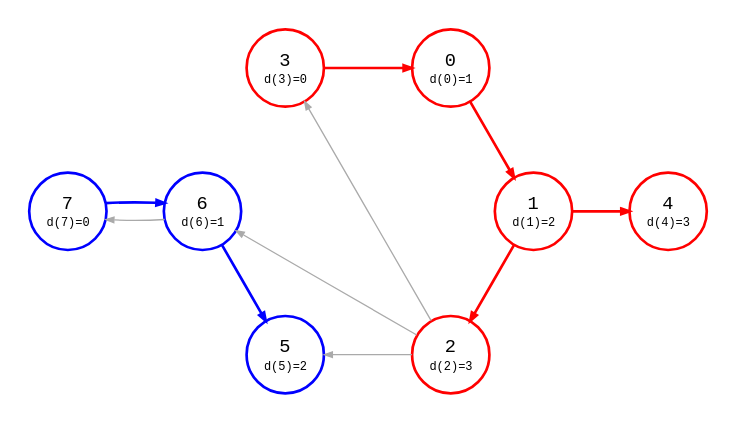
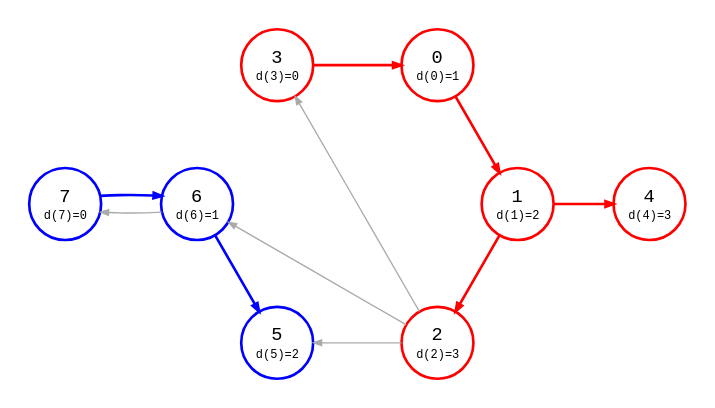
One commit to bsdrks/graaf-images changed the diagram in src/bfs_dist_multi_source_1-0.87.4.dot. Above: the diagram before and after it, drawn with Graphviz. The commit also changed 39 other files, not shown here.

```diff
--- a/src/bfs_dist_multi_source_1-0.87.4.dot
+++ b/src/bfs_dist_multi_source_1-0.87.4.dot
@@ -1,149 +1,149 @@
 digraph {
-    node [shape=circle, fontname="monospace", style=bold, fixedsize=true, width="0.8"];
+    node [shape=circle, fontname="monospace", style=bold, fixedsize=true, width="0.75"];
     edge [arrowsize=0.6, fontname="monospace", fontsize=9];
     layout=circo;
     scale=1.0;
     normalize=true;
     pad=0.2;
     splines=line;
 
     3, 0, 1, 2, 4 [style="bold"; color=red];
     7, 6, 5 [style=bold; color=blue];
 
     0 [
         label=<
             <table border="0" cellpadding="1" cellspacing="0">
                 <tr>
                     <td>0</td>
                 </tr>
                 <tr>
                     <td><font point-size="9">d(0)=1</font></td>
                 </tr>
             </table>
         >,
         color=red,
         style=bold
     ];
 
     1 [
         label=<
             <table border="0" cellpadding="1" cellspacing="0">
                 <tr>
                     <td>1</td>
                 </tr>
                 <tr>
                     <td><font point-size="9">d(1)=2</font></td>
                 </tr>
             </table>
         >,
         color=red,
         style=bold
     ];
 
     2 [
         label=<
             <table border="0" cellpadding="1" cellspacing="0">
                 <tr>
                     <td>2</td>
                 </tr>
                 <tr>
                     <td><font point-size="9">d(2)=3</font></td>
                 </tr>
             </table>
         >,
     ];
 
     3 [
         label=<
             <table border="0" cellpadding="1" cellspacing="0">
                 <tr>
                     <td>3</td>
                 </tr>
                 <tr>
                     <td><font point-size="9">d(3)=0</font></td>
                 </tr>
             </table>
         >,
     ];
 
     4 [
         label=<
             <table border="0" cellpadding="1" cellspacing="0">
                 <tr>
                     <td>4</td>
                 </tr>
                 <tr>
                     <td><font point-size="9">d(4)=3</font></td>
                 </tr>
             </table>
         >,
     ];
 
     5 [
         label=<
             <table border="0" cellpadding="1" cellspacing="0">
                 <tr>
                     <td>5</td>
                 </tr>
                 <tr>
                     <td><font point-size="9">d(5)=2</font></td>
                 </tr>
             </table>
         >,
     ];
 
     6 [
         label=<
             <table border="0" cellpadding="1" cellspacing="0">
                 <tr>
                     <td>6</td>
                 </tr>
                 <tr>
                     <td><font point-size="9">d(6)=1</font></td>
                 </tr>
             </table>
         >,
     ];
 
     7 [
         label=<
             <table border="0" cellpadding="1" cellspacing="0">
                 <tr>
                     <td>7</td>
                 </tr>
                 <tr>
                     <td><font point-size="9">d(7)=0</font></td>
                 </tr>
             </table>
         >,
     ];
 
 
 
     3 -> 0 [
         style=bold;
         color=red;
     ];
 
     0 -> 1 [style=bold; color=red];
 
     1 -> 2 [style=bold; color=red];
 
     1 -> 4 [style=bold; color=red];
 
     2 -> 3 [color="#aaaaaa"];
 
     2 -> 5 [color="#aaaaaa"];
 
     2 -> 6 [color="#aaaaaa"];
 
     6 -> 5 [style=bold; color=blue];
 
     6 -> 7 [color="#aaaaaa"];
 
     7 -> 6 [style=bold; color=blue];
 
     1 -> 5 [style=invis];
 
     // 5 -> 6 [style=invis];
 }
```
